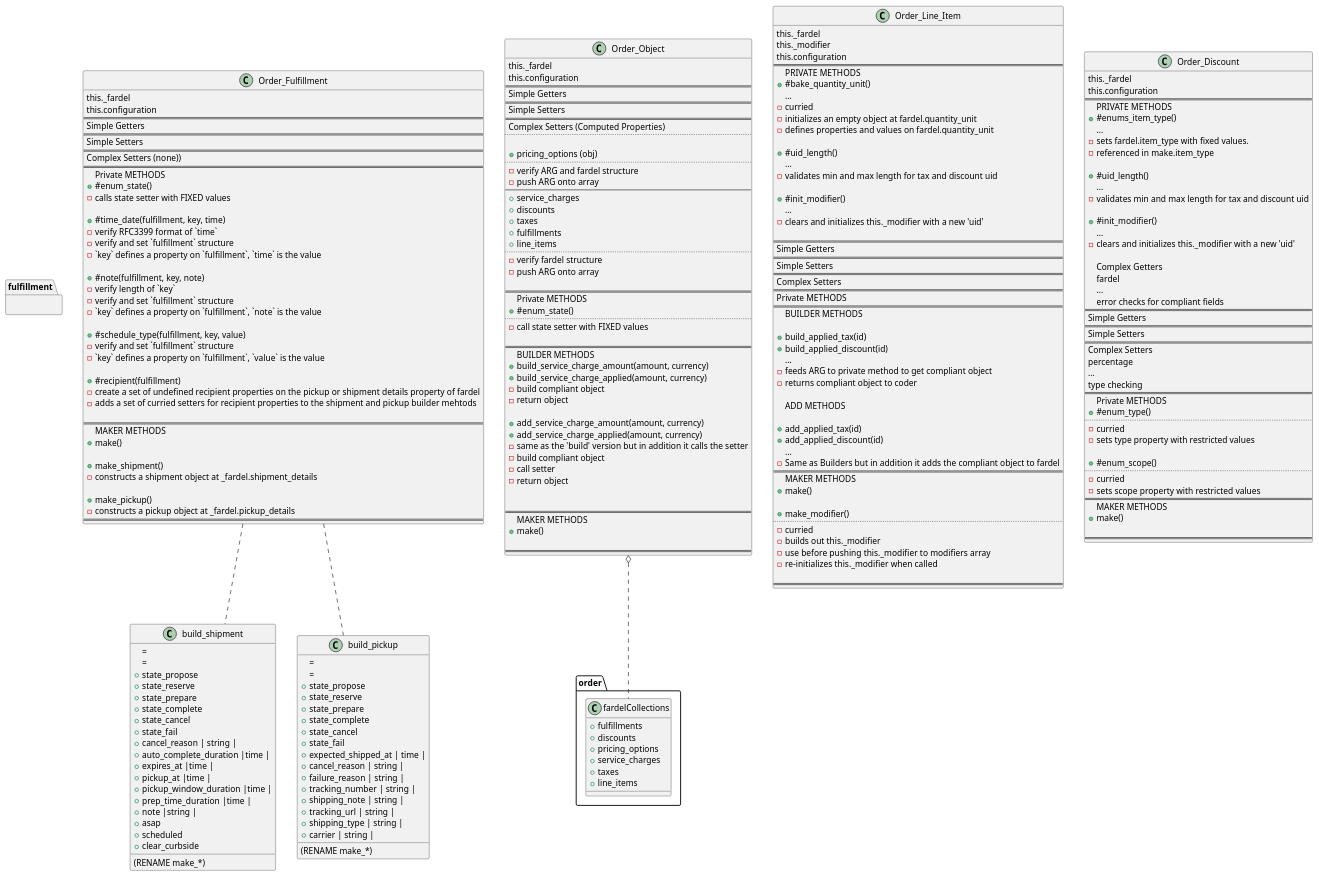
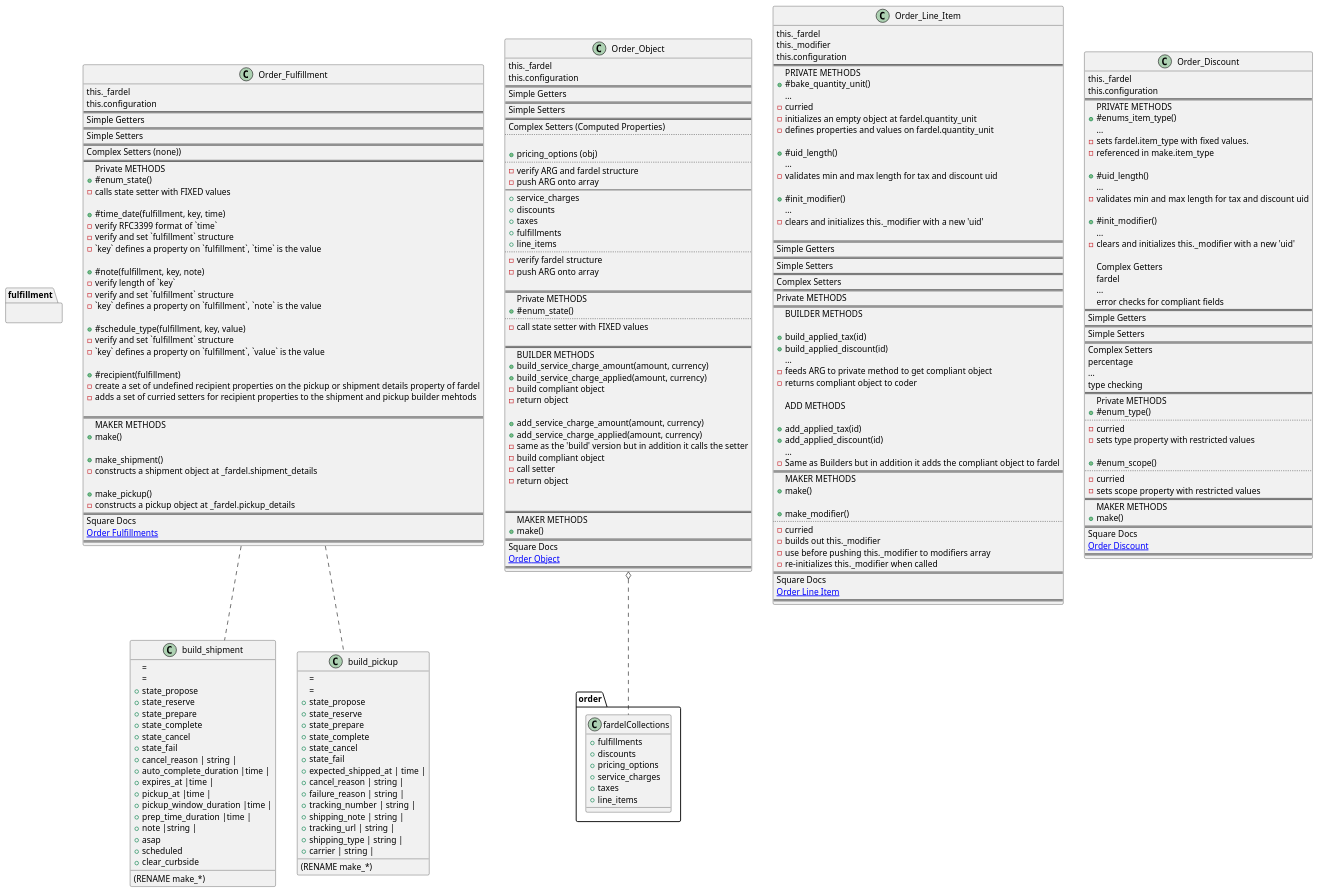
The diagram in docs/uml/pie_order_object.puml (TwoFistedJustice/square-pie), drawn with PlantUML before and after one commit.

Commit message:
docs: add link to square docs in order object diagrams

```diff
--- a/docs/uml/pie_order_object.puml
+++ b/docs/uml/pie_order_object.puml
@@ -70,7 +70,9 @@
 ==
 MAKER METHODS
 + make()
-
+==
+Square Docs
+[[https://developer.squareup.com/reference/square/objects/Order Order Object]]
 ==
 }
 
@@ -115,6 +117,9 @@
 
 + make_pickup()
 - constructs a pickup object at _fardel.pickup_details
+==
+Square Docs
+[[https://developer.squareup.com/docs/orders-api/how-it-works#fulfillments Order Fulfillments]]
 ==
 }
 
@@ -171,7 +176,9 @@
 - builds out this._modifier
 - use before pushing this._modifier to modifiers array
 - re-initializes this._modifier when called
-
+==
+Square Docs
+[[https://developer.squareup.com/reference/square/objects/OrderLineItem Order Line Item ]]
 ==
 }
 
@@ -222,7 +229,9 @@
 ==
 MAKER METHODS
 + make()
-
+==
+Square Docs
+[[https://developer.squareup.com/reference/square/objects/OrderLineItemDiscount Order Discount]]
 ==
 }
 
```
